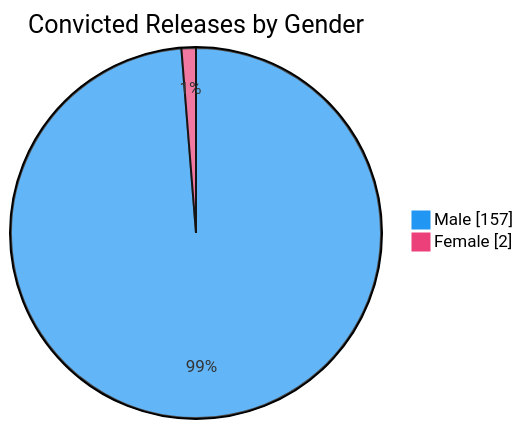
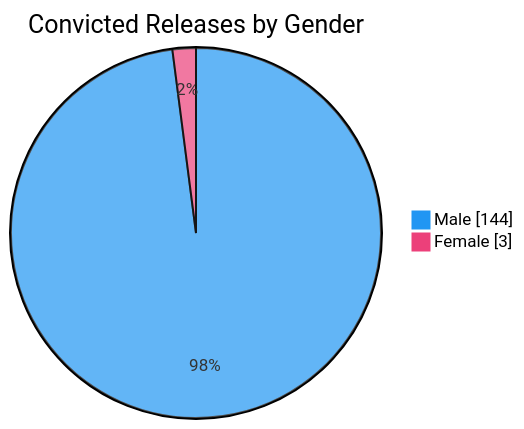
The sixth of 7 diagrams in README.md (nuuuwan/lk_prisons), drawn with Mermaid before and after one commit. The commit also changed other lines of this file and 1 other file, not shown here.

````diff
--- a/README.md
+++ b/README.md
@@ -98,6 +98,6 @@
 ```mermaid
 %%{init: {'themeVariables': {'pie1': '#2196F3', 'pie2': '#EC407A'}}}%%
 pie showData title Convicted Releases by Gender
-    "Male" : 157
-    "Female" : 2
+    "Male" : 144
+    "Female" : 3
 ```
````
